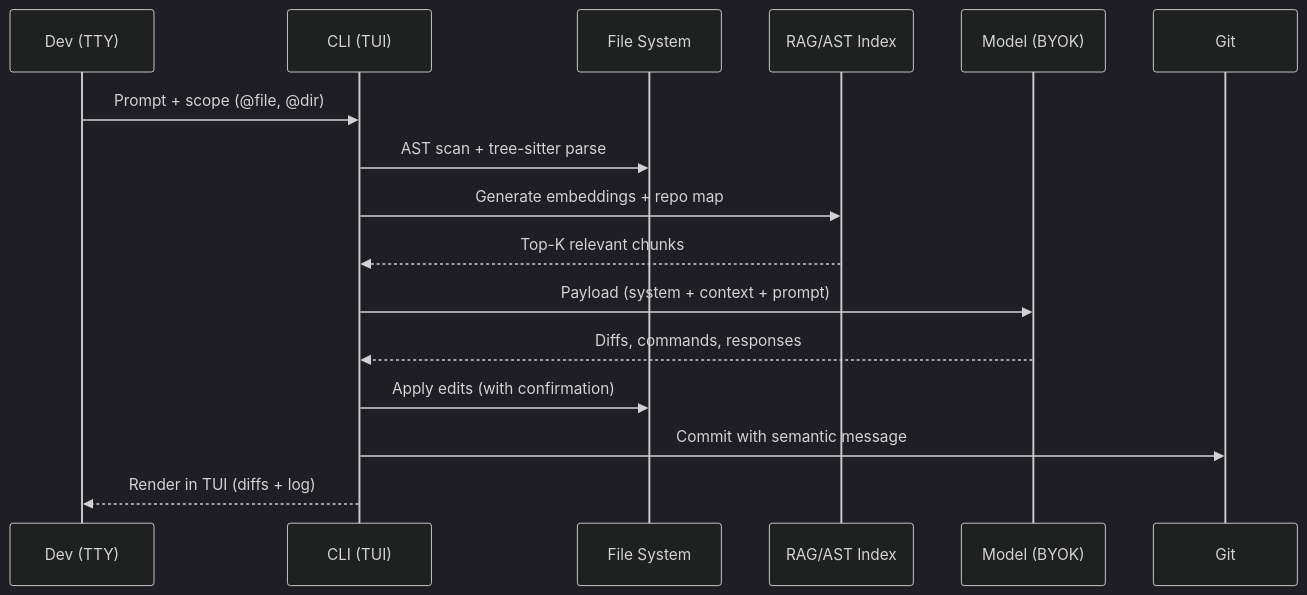
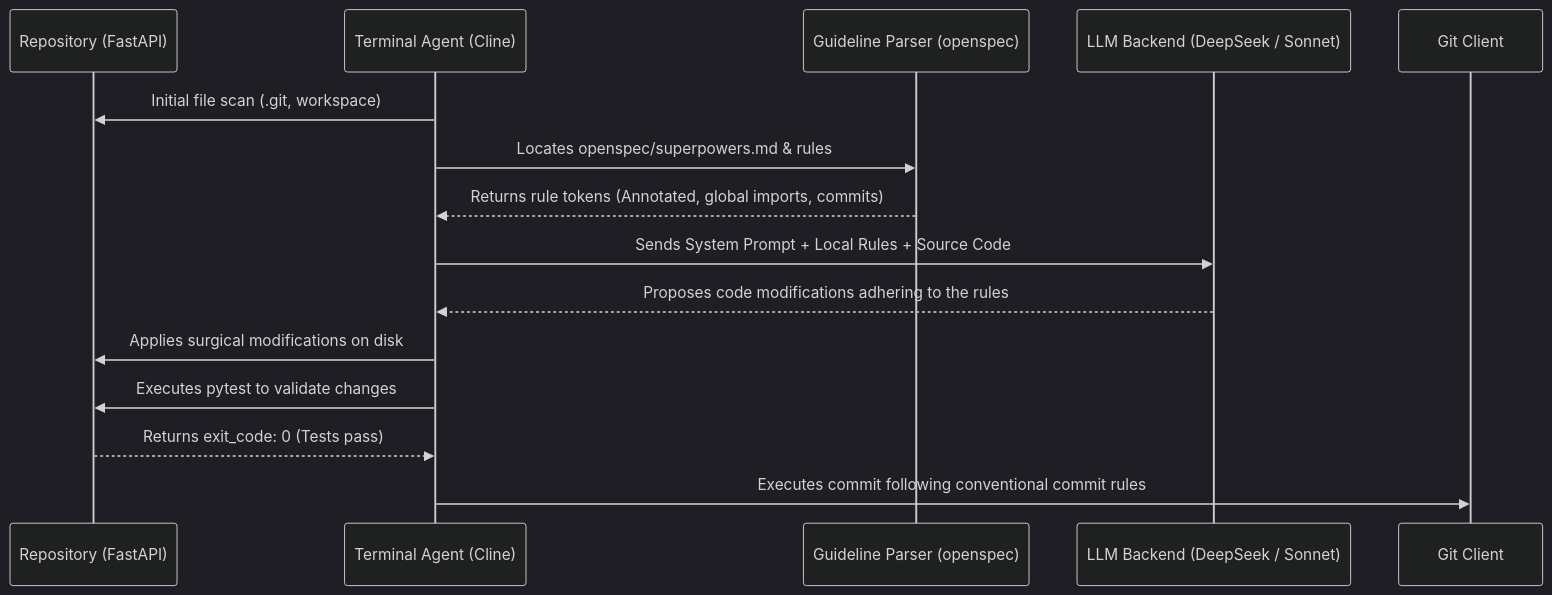
Before and after one commit to ArceApps/arceapps.github.io: the second of 2 diagrams in src/content/blog/en/cli-ai-semifinal-1.md, drawn with Mermaid (dark theme). The commit also changed other lines of this file, not shown here.

Commit message:
content: rewrite CLI AI Semifinal 1 post in English

````diff
--- a/src/content/blog/en/cli-ai-semifinal-1.md
+++ b/src/content/blog/en/cli-ai-semifinal-1.md
@@ -294,18 +468,18 @@
 ```mermaid
 sequenceDiagram
-    participant Dev as Dev (TTY)
-    participant CLI as CLI (TUI)
-    participant FS as File System
-    participant Index as RAG/AST Index
-    participant Model as Model (BYOK)
-    participant Git as Git
-    Dev->>CLI: Prompt + scope (@file, @dir)
-    CLI->>FS: AST scan + tree-sitter parse
-    CLI->>Index: Generate embeddings + repo map
-    Index-->>CLI: Top-K relevant chunks
-    CLI->>Model: Payload (system + context + prompt)
-    Model-->>CLI: Diffs, commands, responses
-    CLI->>FS: Apply edits (with confirmation)
-    CLI->>Git: Commit with semantic message
-    CLI-->>Dev: Render in TUI (diffs + log)
+    participant Repo as Repository (FastAPI)
+    participant Agent as Terminal Agent (Cline)
+    participant Parser as Guideline Parser (openspec)
+    participant Model as LLM Backend (DeepSeek / Sonnet)
+    participant Git as Git Client
+
+    Agent->>Repo: Initial file scan (.git, workspace)
+    Agent->>Parser: Locates openspec/superpowers.md & rules
+    Parser-->>Agent: Returns rule tokens (Annotated, global imports, commits)
+    Agent->>Model: Sends System Prompt + Local Rules + Source Code
+    Model-->>Agent: Proposes code modifications adhering to the rules
+    Agent->>Repo: Applies surgical modifications on disk
+    Agent->>Repo: Executes pytest to validate changes
+    Repo-->>Agent: Returns exit_code: 0 (Tests pass)
+    Agent->>Git: Executes commit following conventional commit rules
 ```
````
